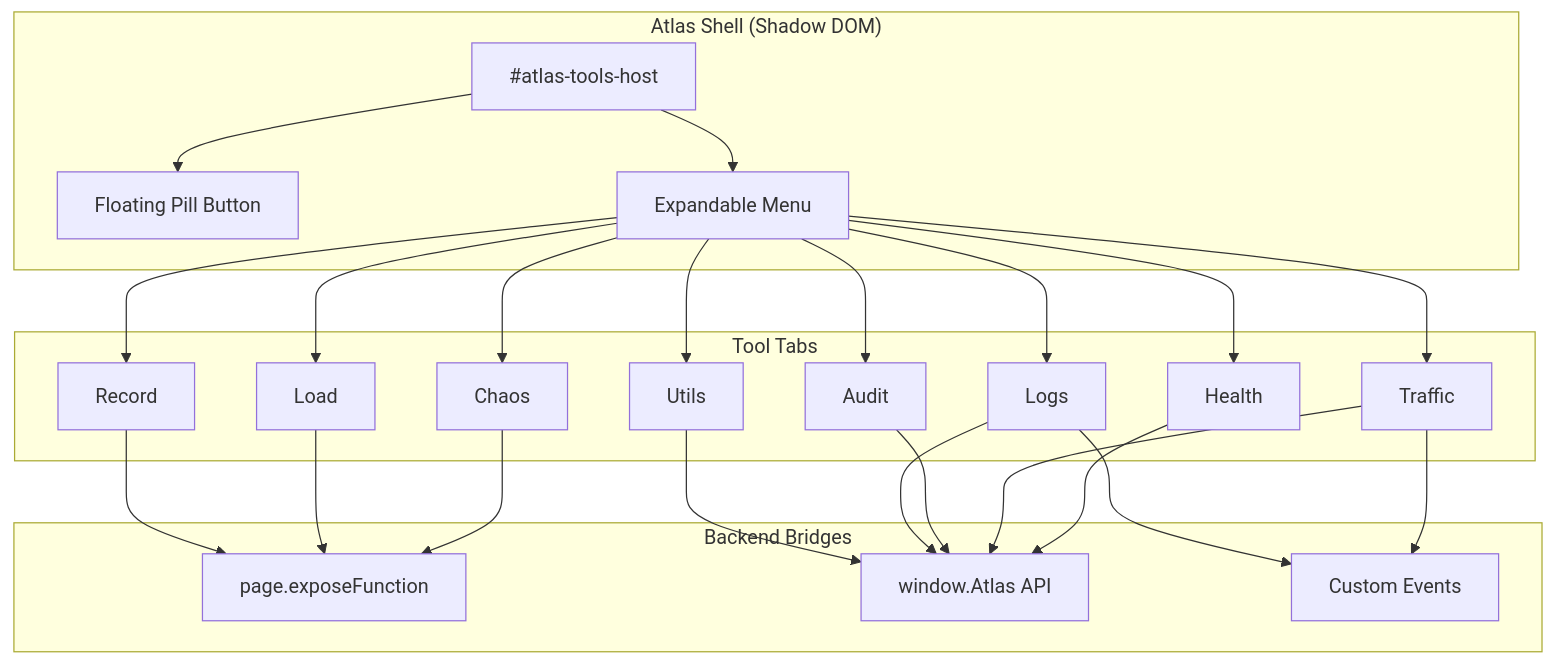
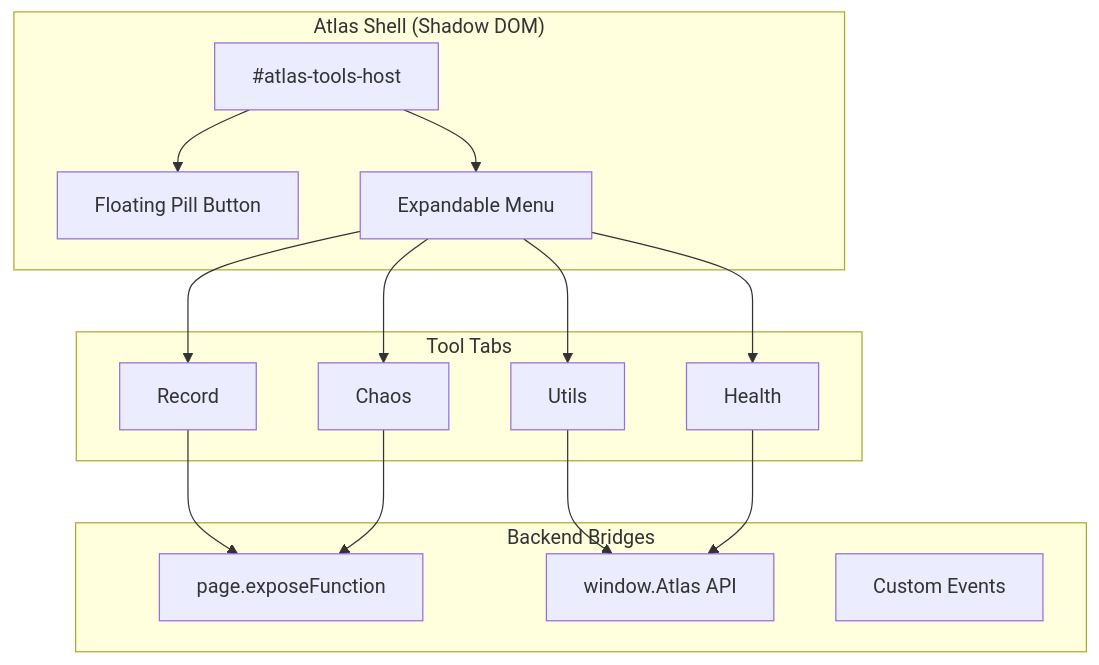
The fourth of 7 diagrams in diagrams/07_system_flow_diagram.md (chirag-parmar16/atlas), drawn with Mermaid before and after one commit. The commit also changed 10 other files, not shown here.

````diff
--- a/diagrams/07_system_flow_diagram.md
+++ b/diagrams/07_system_flow_diagram.md
@@ -162,48 +162,34 @@
 ```mermaid
 flowchart TB
     subgraph Shell["Atlas Shell (Shadow DOM)"]
         HOST["#atlas-tools-host"]
         PILL["Floating Pill Button"]
         MENU["Expandable Menu"]
     end
     
     subgraph Tabs["Tool Tabs"]
         T1["Utils"]
-        T2["Logs"]
-        T3["Audit"]
-        T4["Traffic"]
         T5["Record"]
-        T6["Load"]
         T7["Health"]
         T8["Chaos"]
     end
     
     subgraph APIs["Backend Bridges"]
         A1["page.exposeFunction"]
         A2["window.Atlas API"]
         A3["Custom Events"]
     end
     
     HOST --> PILL
     HOST --> MENU
     
     MENU --> T1
-    MENU --> T2
-    MENU --> T3
-    MENU --> T4
     MENU --> T5
-    MENU --> T6
     MENU --> T7
     MENU --> T8
     
     T1 --> A2
-    T2 --> A2
-    T2 --> A3
-    T3 --> A2
-    T4 --> A2
-    T4 --> A3
     T5 --> A1
-    T6 --> A1
     T7 --> A2
     T8 --> A1
 ```
````
